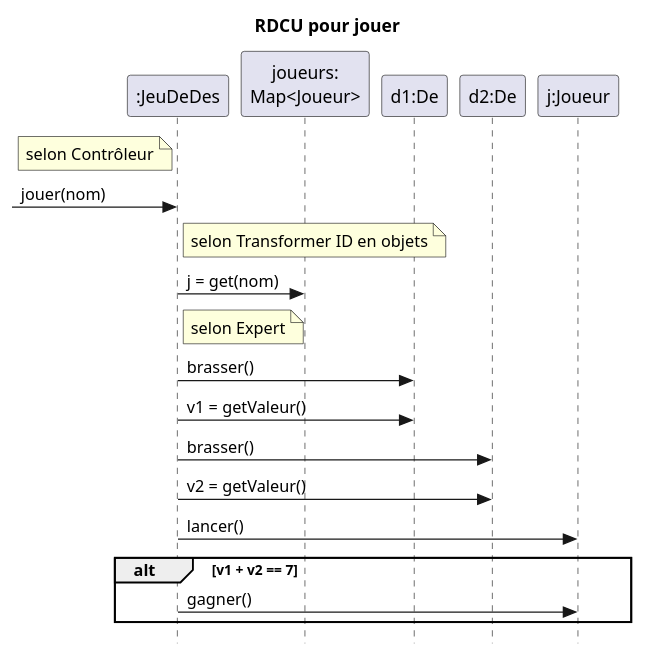
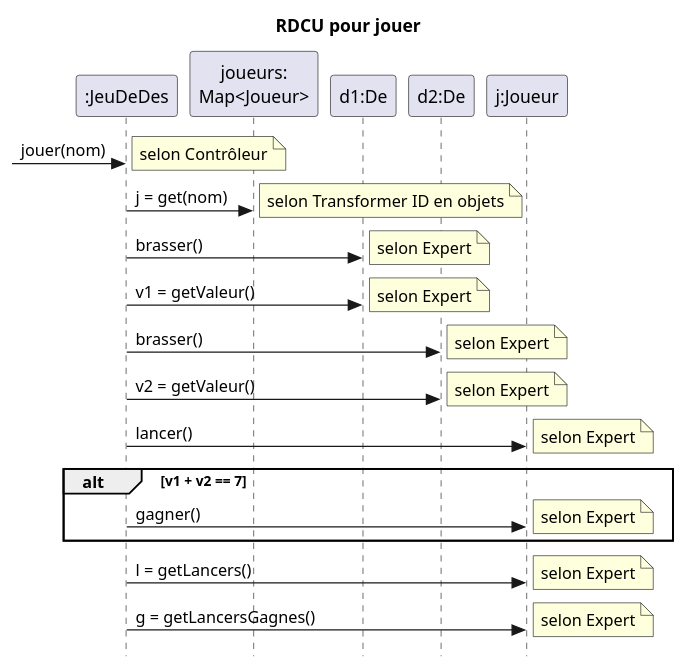
The diagram in docs/rdcu-jouer.puml (profcfuhrmanets/log210-jeu-de-des-node-express-ts), drawn with PlantUML before and after one commit. The commit also changed 4 other files, not shown here.

Commit message:
Refactored diagrams

```diff
--- a/docs/rdcu-jouer.puml
+++ b/docs/rdcu-jouer.puml
@@ -1,22 +1,31 @@
 @startuml
 skinparam style strictuml
 title RDCU pour jouer
 participant ":JeuDeDes" as c
 participant "joueurs:\nMap<Joueur>" as jm
 participant "d1:De" as d1
 participant "d2:De" as d2
 participant "j:Joueur" as j
-note left of c : selon Contrôleur 
 ->c : jouer(nom)
-note right of c : selon Transformer ID en objets 
+note right : selon Contrôleur 
 c->jm : j = get(nom)
-note right of c : selon Expert 
+note right : selon Transformer ID en objets 
 c->d1 : brasser()
+note right : selon Expert 
 c->d1 : v1 = getValeur()
+note right : selon Expert 
 c->d2 : brasser()
+note right : selon Expert 
 c->d2 : v2 = getValeur()
+note right : selon Expert 
 c->j : lancer()
+note right : selon Expert 
 alt v1 + v2 == 7
   c->j : gagner()
+  note right : selon Expert 
 end alt
+c->j : l = getLancers()
+note right : selon Expert 
+c->j : g = getLancersGagnes()
+note right : selon Expert 
 @enduml
```
